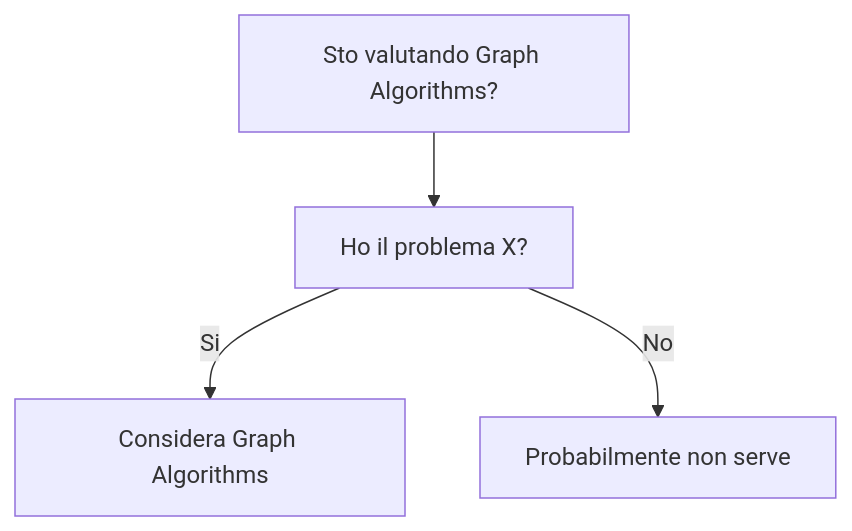
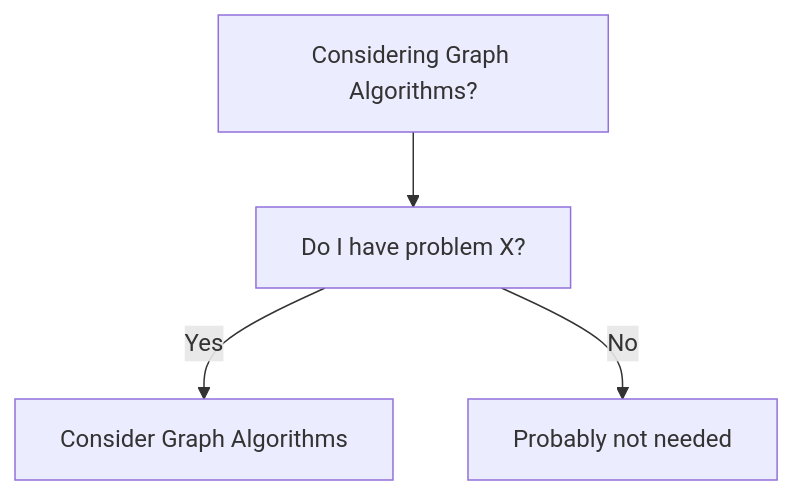
Before and after one commit to HxT9/Software-Dev-Wiki: the diagram in dev-wiki/15_Algorithms_DataStructures/Graph_Algorithms/When_To_Use.md, drawn with Mermaid. The commit also changed other lines of this file and 3444 other files, not shown here.

````diff
--- a/dev-wiki/15_Algorithms_DataStructures/Graph_Algorithms/When_To_Use.md
+++ b/dev-wiki/15_Algorithms_DataStructures/Graph_Algorithms/When_To_Use.md
@@ -19,6 +19,6 @@
 ```mermaid
 flowchart TD
-  Q[Sto valutando Graph Algorithms?] --> Q1[Ho il problema X?]
-  Q1 -->|Si| OK[Considera Graph Algorithms]
-  Q1 -->|No| NO[Probabilmente non serve]
+  Q[Considering Graph Algorithms?] --> Q1[Do I have problem X?]
+  Q1 -->|Yes| OK[Consider Graph Algorithms]
+  Q1 -->|No| NO[Probably not needed]
 ```
````
